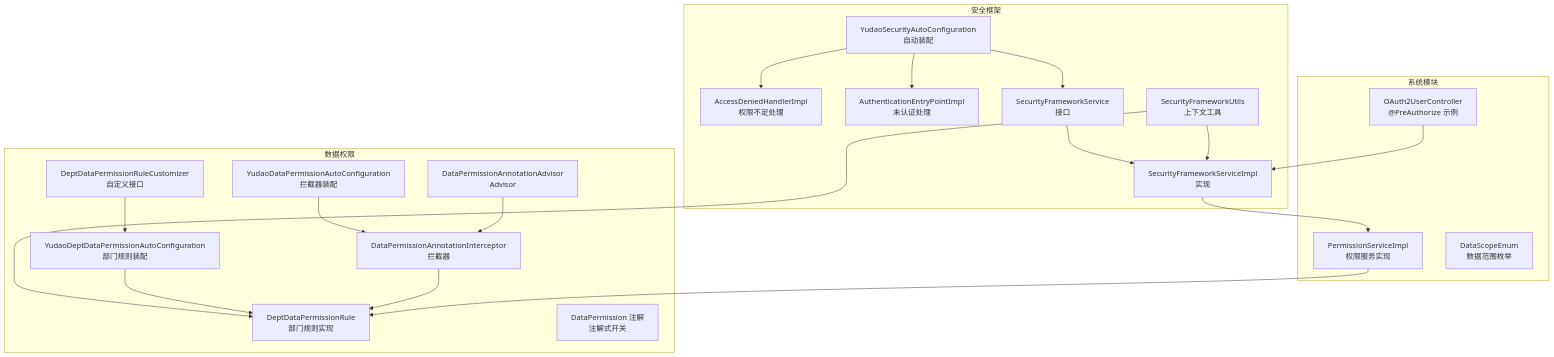
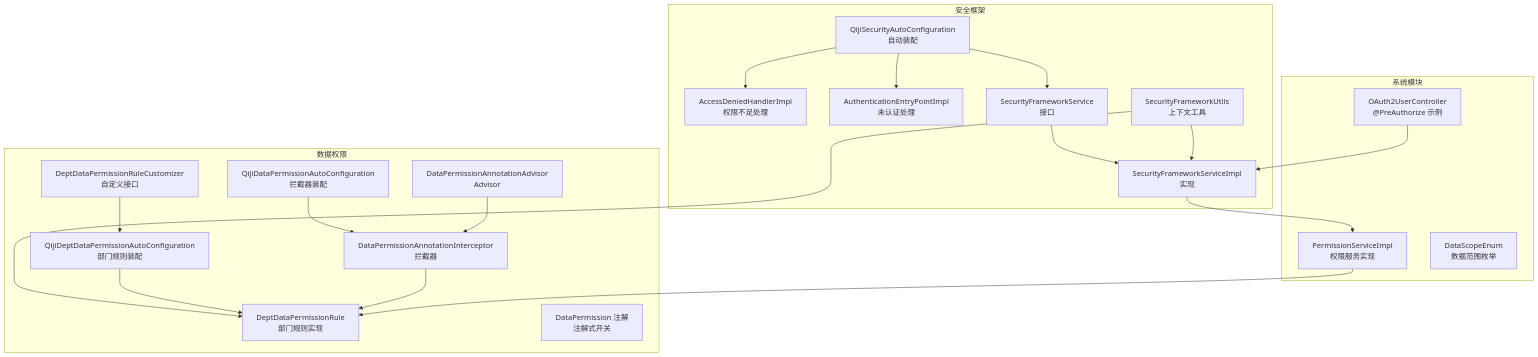
The first of 7 diagrams in backend/.qoder/repowiki/zh/content/安全与权限/API安全防护/权限控制.md (zhuangpengLI/AgenticCPS), drawn with Mermaid before and after one commit. The commit also changed other lines of this file and 3489 other files, not shown here.

````diff
--- a/backend/.qoder/repowiki/zh/content/安全与权限/API安全防护/权限控制.md
+++ b/backend/.qoder/repowiki/zh/content/安全与权限/API安全防护/权限控制.md
@@ -53,39 +53,39 @@
 ```mermaid
 graph TB
 subgraph "安全框架"
 A1["AccessDeniedHandlerImpl<br/>权限不足处理"]
 A2["AuthenticationEntryPointImpl<br/>未认证处理"]
 A3["SecurityFrameworkService<br/>接口"]
 A4["SecurityFrameworkServiceImpl<br/>实现"]
 A5["SecurityFrameworkUtils<br/>上下文工具"]
-A6["YudaoSecurityAutoConfiguration<br/>自动装配"]
+A6["QijiSecurityAutoConfiguration<br/>自动装配"]
 end
 subgraph "数据权限"
-D1["YudaoDeptDataPermissionAutoConfiguration<br/>部门规则装配"]
+D1["QijiDeptDataPermissionAutoConfiguration<br/>部门规则装配"]
 D2["DeptDataPermissionRule<br/>部门规则实现"]
 D3["DeptDataPermissionRuleCustomizer<br/>自定义接口"]
 D4["DataPermission 注解<br/>注解式开关"]
 D5["DataPermissionAnnotationAdvisor<br/>Advisor"]
 D6["DataPermissionAnnotationInterceptor<br/>拦截器"]
-D7["YudaoDataPermissionAutoConfiguration<br/>拦截器装配"]
+D7["QijiDataPermissionAutoConfiguration<br/>拦截器装配"]
 end
 subgraph "系统模块"
 S1["OAuth2UserController<br/>@PreAuthorize 示例"]
 S2["PermissionServiceImpl<br/>权限服务实现"]
 S3["DataScopeEnum<br/>数据范围枚举"]
 end
 A6 --> A1
 A6 --> A2
 A6 --> A3
 A3 --> A4
 A4 --> S2
 A5 --> A4
 A5 --> D2
 D1 --> D2
 D3 --> D1
 D7 --> D6
 D5 --> D6
 D6 --> D2
 S1 --> A4
 S2 --> D2
 ```
````
